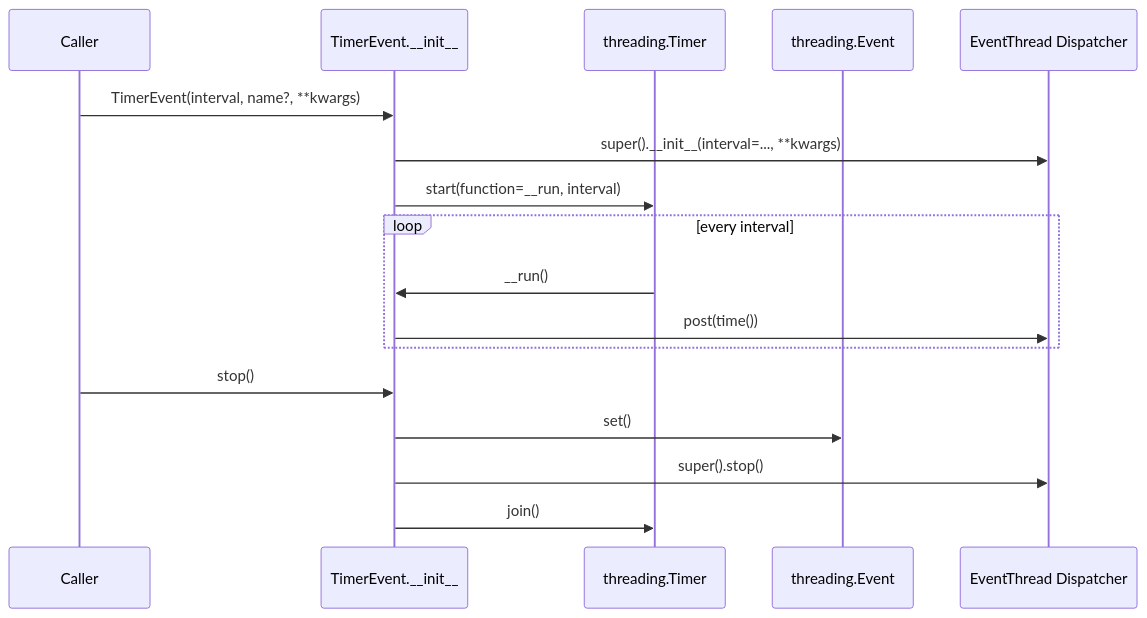
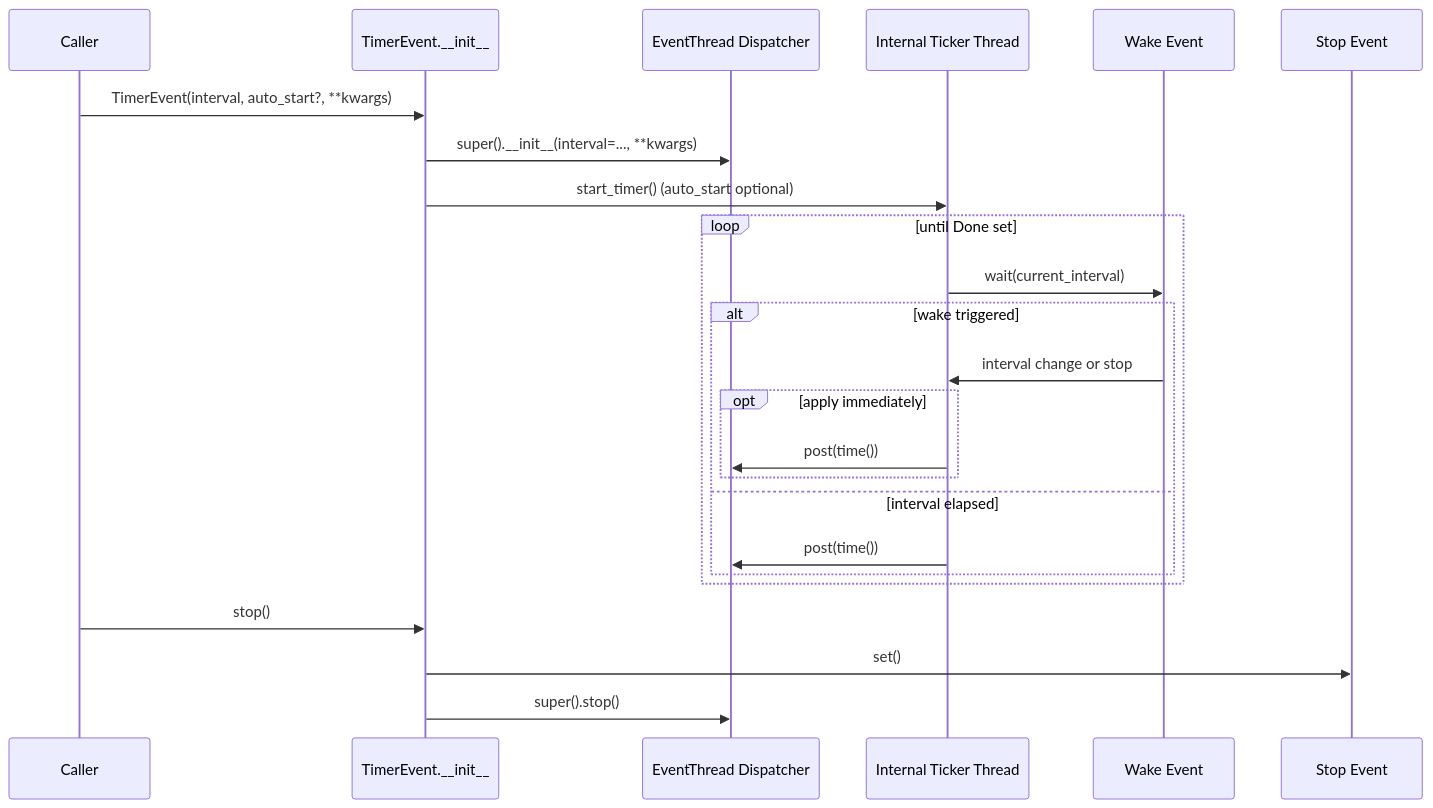
One commit to sandboxzilla/timer_event changed the third of 3 diagrams in docs/high_level_design.md. Above: the diagram before and after it, drawn with Mermaid. The commit also changed other lines of this file and 17 other files, not shown here.

````diff
--- a/docs/high_level_design.md
+++ b/docs/high_level_design.md
@@ -60,20 +66,27 @@
 ```mermaid
 sequenceDiagram
     participant Caller as Caller
     participant TimerEvent as TimerEvent.__init__
-    participant Timer as threading.Timer
-    participant Done as threading.Event
     participant Dispatcher as EventThread Dispatcher
+    participant Ticker as Internal Ticker Thread
+    participant Wake as Wake Event
+    participant Done as Stop Event
 
-    Caller->>TimerEvent: TimerEvent(interval, name?, **kwargs)
+    Caller->>TimerEvent: TimerEvent(interval, auto_start?, **kwargs)
     TimerEvent->>Dispatcher: super().__init__(interval=..., **kwargs)
-    TimerEvent->>Timer: start(function=__run, interval)
-    loop every interval
-        Timer->>TimerEvent: __run()
-        TimerEvent->>Dispatcher: post(time())
+    TimerEvent->>Ticker: start_timer() (auto_start optional)
+    loop until Done set
+        Ticker->>Wake: wait(current_interval)
+        alt wake triggered
+            Wake->>Ticker: interval change or stop
+            opt apply immediately
+                Ticker->>Dispatcher: post(time())
+            end
+        else interval elapsed
+            Ticker->>Dispatcher: post(time())
+        end
     end
     Caller->>TimerEvent: stop()
     TimerEvent->>Done: set()
     TimerEvent->>Dispatcher: super().stop()
-    TimerEvent->>Timer: join()
 ```
````
